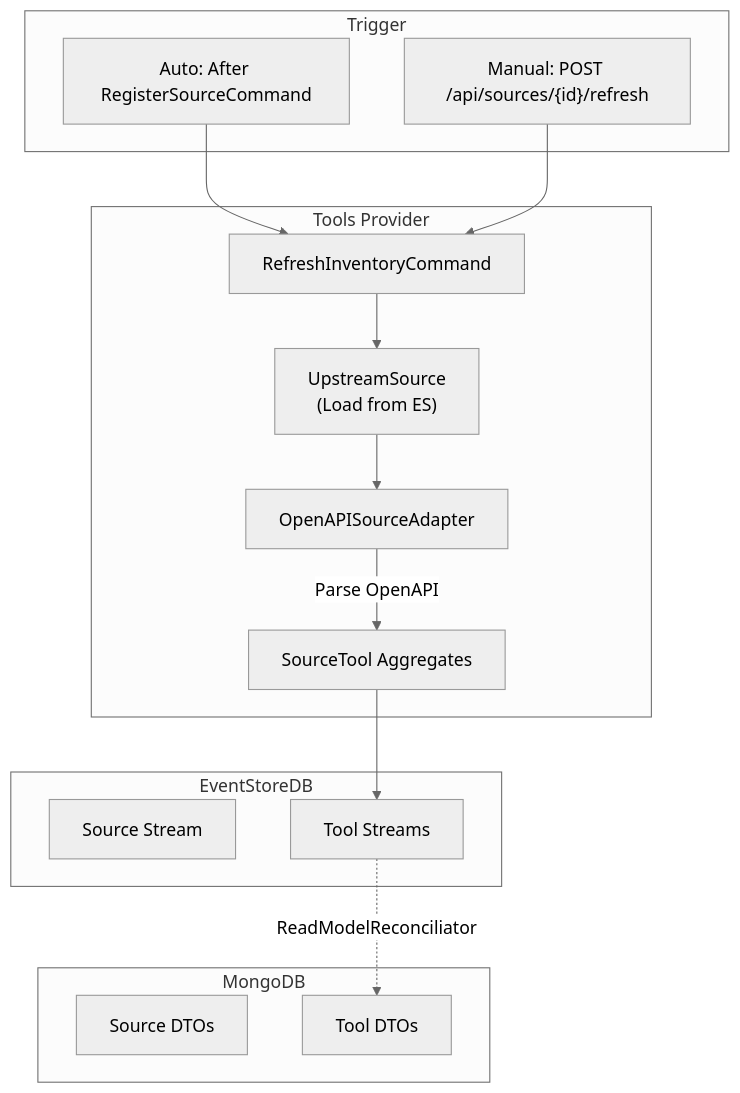
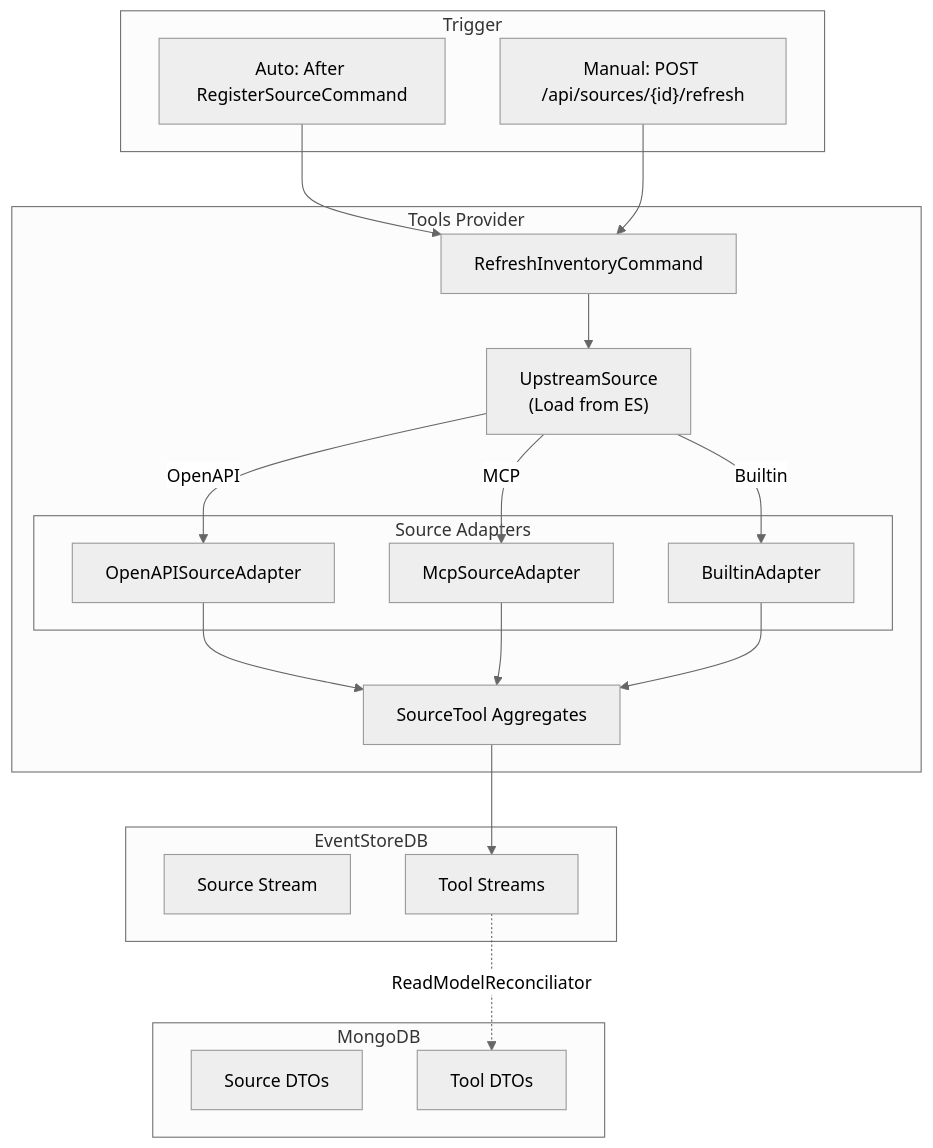
The first of 3 diagrams in docs/implementation/tool-discovery.md (bvandewe/tools-provider), drawn with Mermaid (neutral theme) before and after one commit. The commit also changed other lines of this file and 1 other file, not shown here.

First line of the commit message:
docs: update source registration and tool discovery for MCP

````diff
--- a/docs/implementation/tool-discovery.md
+++ b/docs/implementation/tool-discovery.md
@@ -9,32 +9,42 @@
 ```mermaid
 flowchart TB
     subgraph Trigger["Trigger"]
         AUTO["Auto: After RegisterSourceCommand"]
         MAN["Manual: POST /api/sources/{id}/refresh"]
     end
 
     subgraph TP["Tools Provider"]
         CMD["RefreshInventoryCommand"]
         SRC["UpstreamSource<br/>(Load from ES)"]
-        ADAPT["OpenAPISourceAdapter"]
+
+        subgraph Adapters["Source Adapters"]
+            OA["OpenAPISourceAdapter"]
+            MCP["McpSourceAdapter"]
+            BI["BuiltinAdapter"]
+        end
+
         TOOLS["SourceTool Aggregates"]
     end
 
     subgraph ES["EventStoreDB"]
         SRC_STREAM["Source Stream"]
         TOOL_STREAMS["Tool Streams"]
     end
 
     subgraph MG["MongoDB"]
         SRC_READ["Source DTOs"]
         TOOL_READ["Tool DTOs"]
     end
 
     AUTO --> CMD
     MAN --> CMD
     CMD --> SRC
-    SRC --> ADAPT
-    ADAPT -->|Parse OpenAPI| TOOLS
+    SRC -->|OpenAPI| OA
+    SRC -->|MCP| MCP
+    SRC -->|Builtin| BI
+    OA --> TOOLS
+    MCP --> TOOLS
+    BI --> TOOLS
     TOOLS --> TOOL_STREAMS
     TOOL_STREAMS -.->|"ReadModelReconciliator"| TOOL_READ
 ```
````
